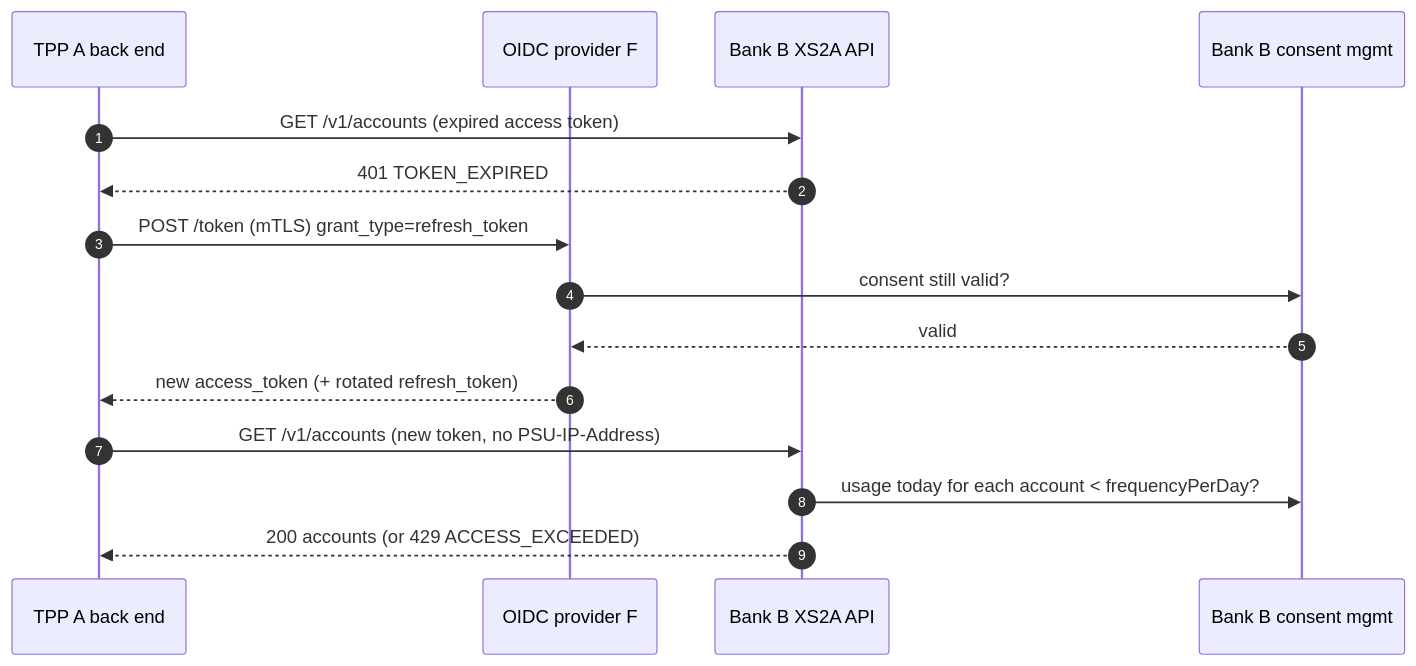
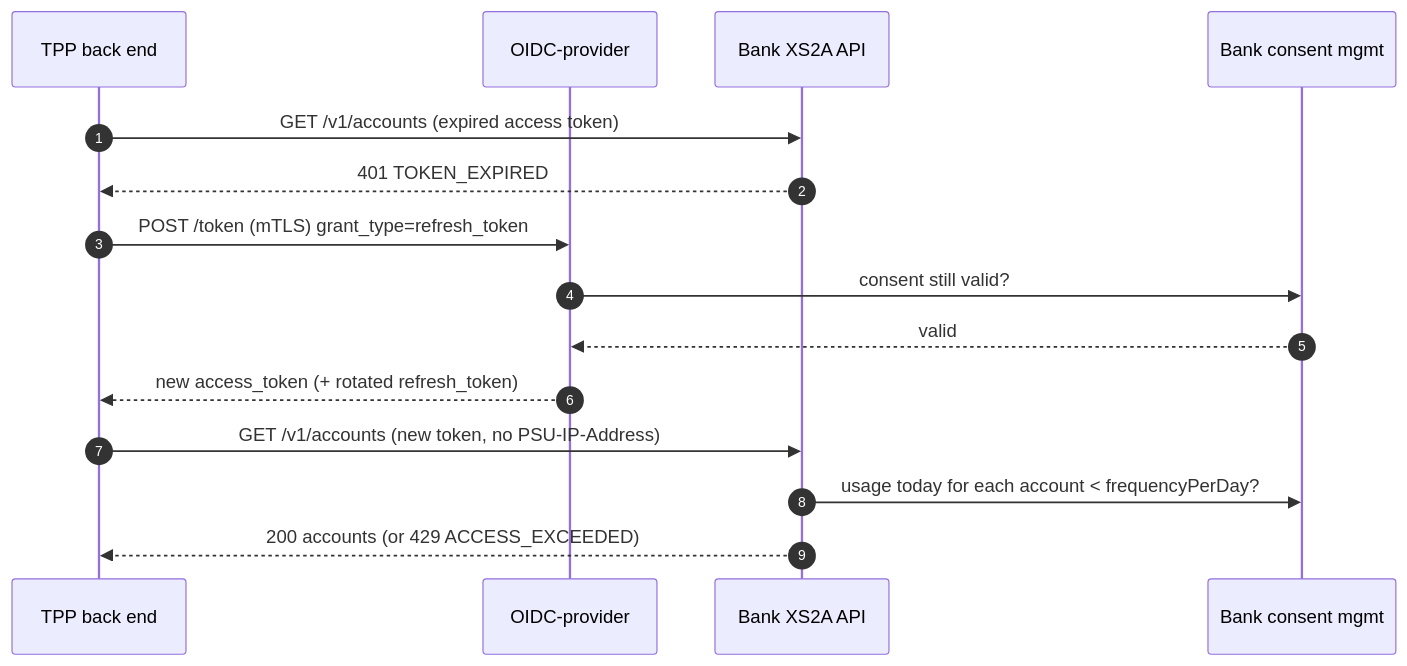
Before and after one commit to vondacho/psd2-sandbox: the sixth of 10 diagrams in docs/design/psu-account-list-journey.md, drawn with Mermaid. The commit also changed other lines of this file and 149 other files, not shown here.

````diff
--- a/docs/design/psu-account-list-journey.md
+++ b/docs/design/psu-account-list-journey.md
@@ -337,18 +337,18 @@
 ```mermaid
 sequenceDiagram
     autonumber
-    participant A as TPP A back end
-    participant F as OIDC provider F
-    participant XS2A as Bank B XS2A API
-    participant CM as Bank B consent mgmt
+    participant TPP as TPP back end
+    participant OIDC as OIDC-provider
+    participant XS2A as Bank XS2A API
+    participant CM as Bank consent mgmt
 
-    A->>XS2A: GET /v1/accounts (expired access token)
-    XS2A-->>A: 401 TOKEN_EXPIRED
-    A->>F: POST /token (mTLS) grant_type=refresh_token
-    F->>CM: consent still valid?
-    CM-->>F: valid
-    F-->>A: new access_token (+ rotated refresh_token)
-    A->>XS2A: GET /v1/accounts (new token, no PSU-IP-Address)
+    TPP->>XS2A: GET /v1/accounts (expired access token)
+    XS2A-->>TPP: 401 TOKEN_EXPIRED
+    TPP->>OIDC: POST /token (mTLS) grant_type=refresh_token
+    OIDC->>CM: consent still valid?
+    CM-->>OIDC: valid
+    OIDC-->>TPP: new access_token (+ rotated refresh_token)
+    TPP->>XS2A: GET /v1/accounts (new token, no PSU-IP-Address)
     XS2A->>CM: usage today for each account < frequencyPerDay?
-    XS2A-->>A: 200 accounts  (or 429 ACCESS_EXCEEDED)
+    XS2A-->>TPP: 200 accounts  (or 429 ACCESS_EXCEEDED)
 ```
````
